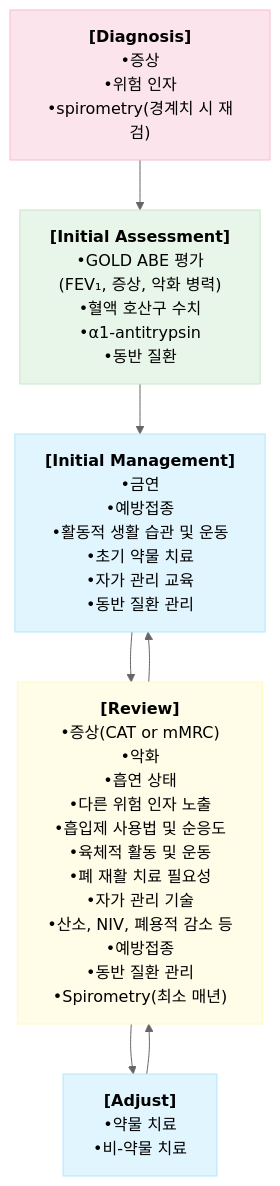
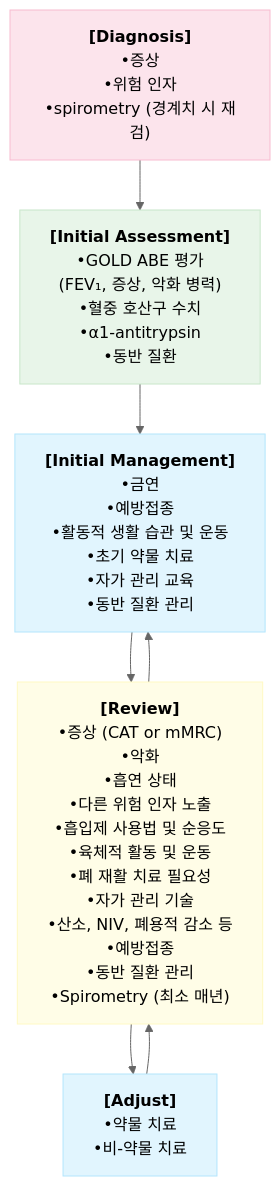
Before and after one commit to familyoh77/familyoh77: the first of 2 diagrams in 223_/072_-copd.md, drawn with Mermaid (neutral theme). The commit also changed other lines of this file, not shown here.

````diff
--- a/223_/072_-copd.md
+++ b/223_/072_-copd.md
@@ -179,28 +135,25 @@
 ```mermaid
 graph TD
-    %% 노드 정의: ID와 표시될 텍스트 분리
-    Diagnosis["<b>[Diagnosis]</b><br/>•증상<br/>•위험 인자<br/>•spirometry(경계치 시 재검)"]
+    Diagnosis["<b>[Diagnosis]</b><br/>•증상<br/>•위험 인자<br/>•spirometry (경계치 시 재검)"]
     
-    Assessment["<b>[Initial Assessment]</b><br/>•GOLD ABE 평가<br/>(FEV₁, 증상, 악화 병력)<br/>•혈액 호산구 수치<br/>•α1-antitrypsin<br/>•동반 질환"]
+    Assessment["<b>[Initial Assessment]</b><br/>•GOLD ABE 평가<br/>(FEV₁, 증상, 악화 병력)<br/>•혈중 호산구 수치<br/>•α1-antitrypsin<br/>•동반 질환"]
     
     Management["<b>[Initial Management]</b><br/>•금연<br/>•예방접종<br/>•활동적 생활 습관 및 운동<br/>•초기 약물 치료<br/>•자가 관리 교육<br/>•동반 질환 관리"]
     
-    Review["<b>[Review]</b><br/>•증상(CAT or mMRC)<br/>•악화<br/>•흡연 상태<br/>•다른 위험 인자 노출<br/>•흡입제 사용법 및 순응도<br/>•육체적 활동 및 운동<br/>•폐 재활 치료 필요성<br/>•자가 관리 기술<br/>•산소, NIV, 폐용적 감소 등<br/>•예방접종<br/>•동반 질환 관리<br/>•Spirometry(최소 매년)"]
+    Review["<b>[Review]</b><br/>•증상 (CAT or mMRC)<br/>•악화<br/>•흡연 상태<br/>•다른 위험 인자 노출<br/>•흡입제 사용법 및 순응도<br/>•육체적 활동 및 운동<br/>•폐 재활 치료 필요성<br/>•자가 관리 기술<br/>•산소, NIV, 폐용적 감소 등<br/>•예방접종<br/>•동반 질환 관리<br/>•Spirometry (최소 매년)"]
     
     Adjust["<b>[Adjust]</b><br/>•약물 치료<br/>•비-약물 치료"]
 
-    %% 흐름 연결
     Diagnosis --> Assessment
     Assessment --> Management
     Management --> Review
     Review --> Management
     Review --> Adjust
     Adjust --> Review
 
-    %% 스타일 설정
     style Diagnosis fill:#fce4ec,stroke:#f8bbd0
     style Assessment fill:#e8f5e9,stroke:#c8e6c9
     style Management fill:#e1f5fe,stroke:#b3e5fc
     style Review fill:#fffde7,stroke:#fff9c4
     style Adjust fill:#e1f5fe,stroke:#b3e5fc
 ```
````
